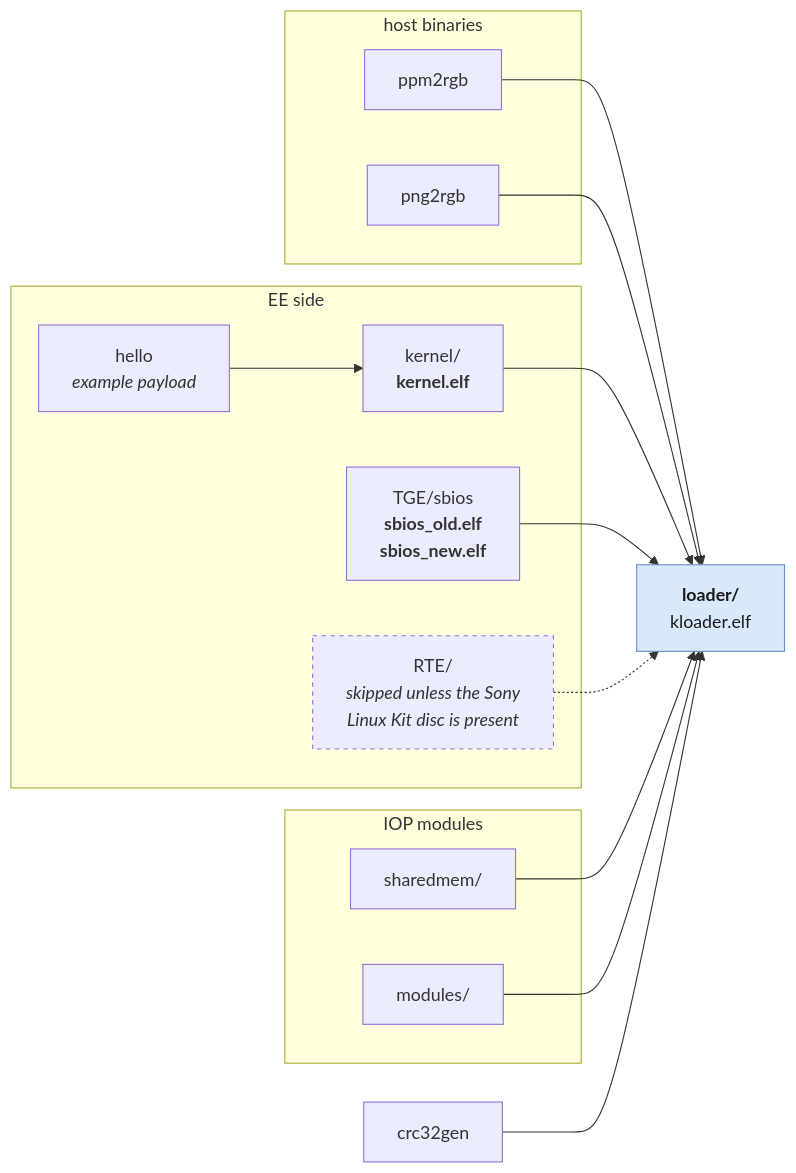
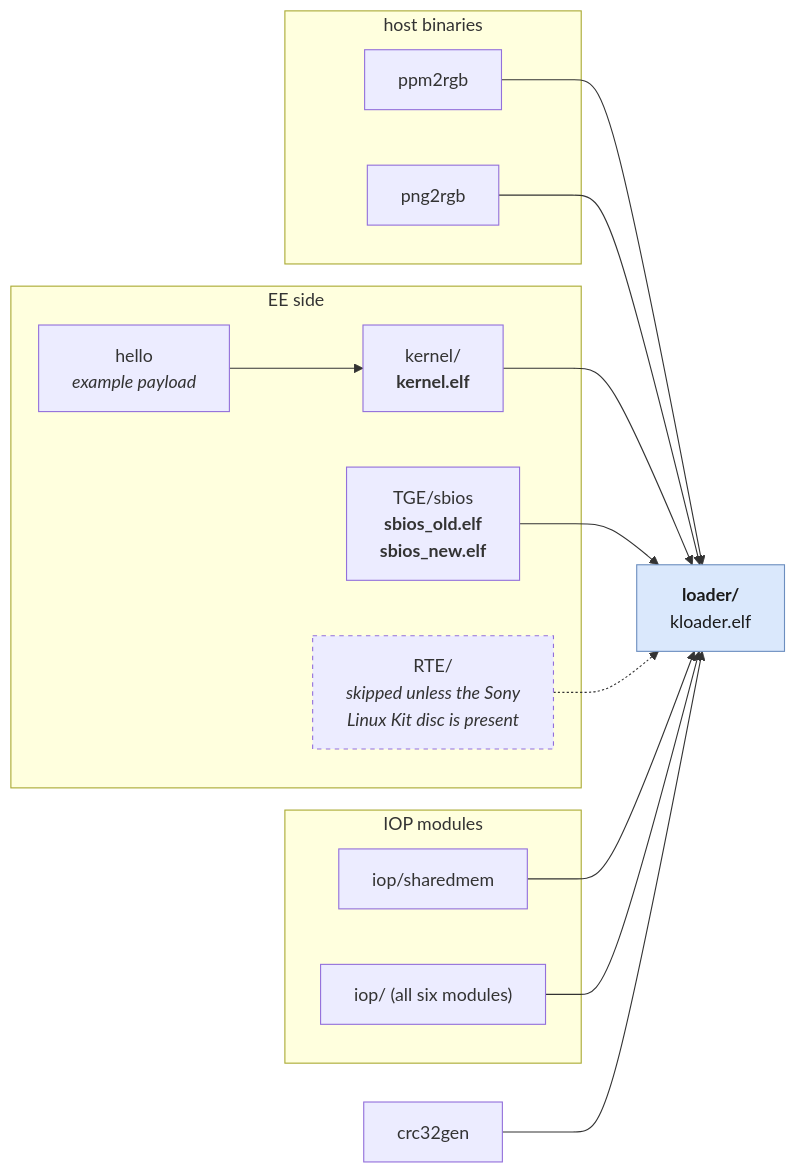
Before and after one commit to Arawn-Davies/kernelreloaded: the third of 3 diagrams in docs/kernelloader-internals.md, drawn with Mermaid. The commit also changed other lines of this file and 143 other files, not shown here.

````diff
--- a/docs/kernelloader-internals.md
+++ b/docs/kernelloader-internals.md
@@ -269,32 +269,32 @@
 ```mermaid
 flowchart LR
     subgraph HOST["host binaries"]
         PPM["ppm2rgb"]
         PNG["png2rgb"]
     end
     subgraph EE["EE side"]
         HELLO["hello<br/><i>example payload</i>"]
         KERN["kernel/<br/><b>kernel.elf</b>"]
         TGE["TGE/sbios<br/><b>sbios_old.elf</b><br/><b>sbios_new.elf</b>"]
         RTE["RTE/<br/><i>skipped unless the Sony<br/>Linux Kit disc is present</i>"]
     end
     subgraph IOPS["IOP modules"]
-        SHM["sharedmem/"]
-        MODS["modules/"]
+        SHM["iop/sharedmem"]
+        MODS["iop/ (all six modules)"]
     end
     CRC["crc32gen"]
     LOADER["<b>loader/</b><br/>kloader.elf"]
 
     PPM --> LOADER
     PNG --> LOADER
     HELLO --> KERN
     KERN --> LOADER
     TGE --> LOADER
     RTE -.-> LOADER
     SHM --> LOADER
     MODS --> LOADER
     CRC --> LOADER
 
     style LOADER fill:#dae8fc,stroke:#6c8ebf,color:#1a1a1a
     style RTE stroke-dasharray: 4 4
 ```
````
